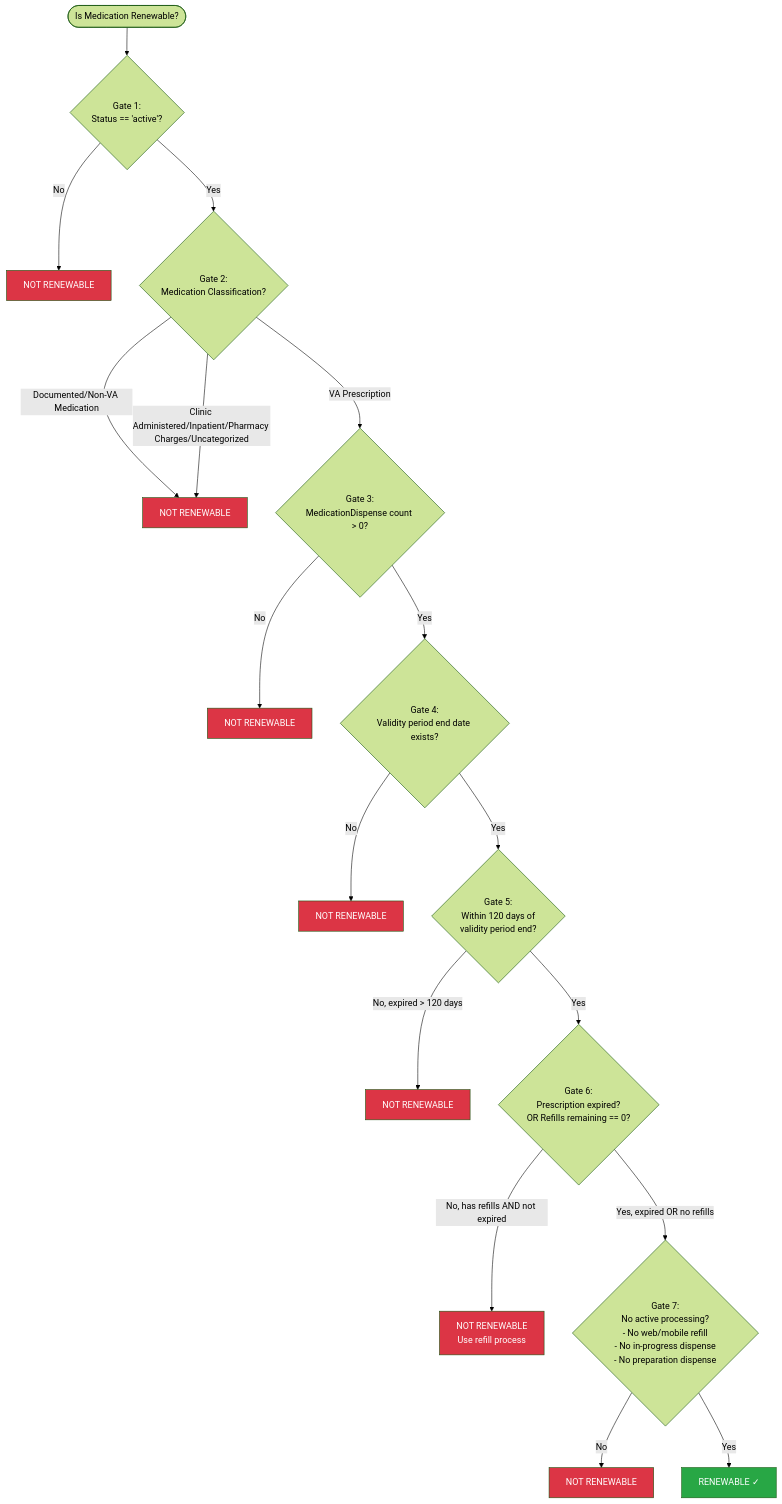
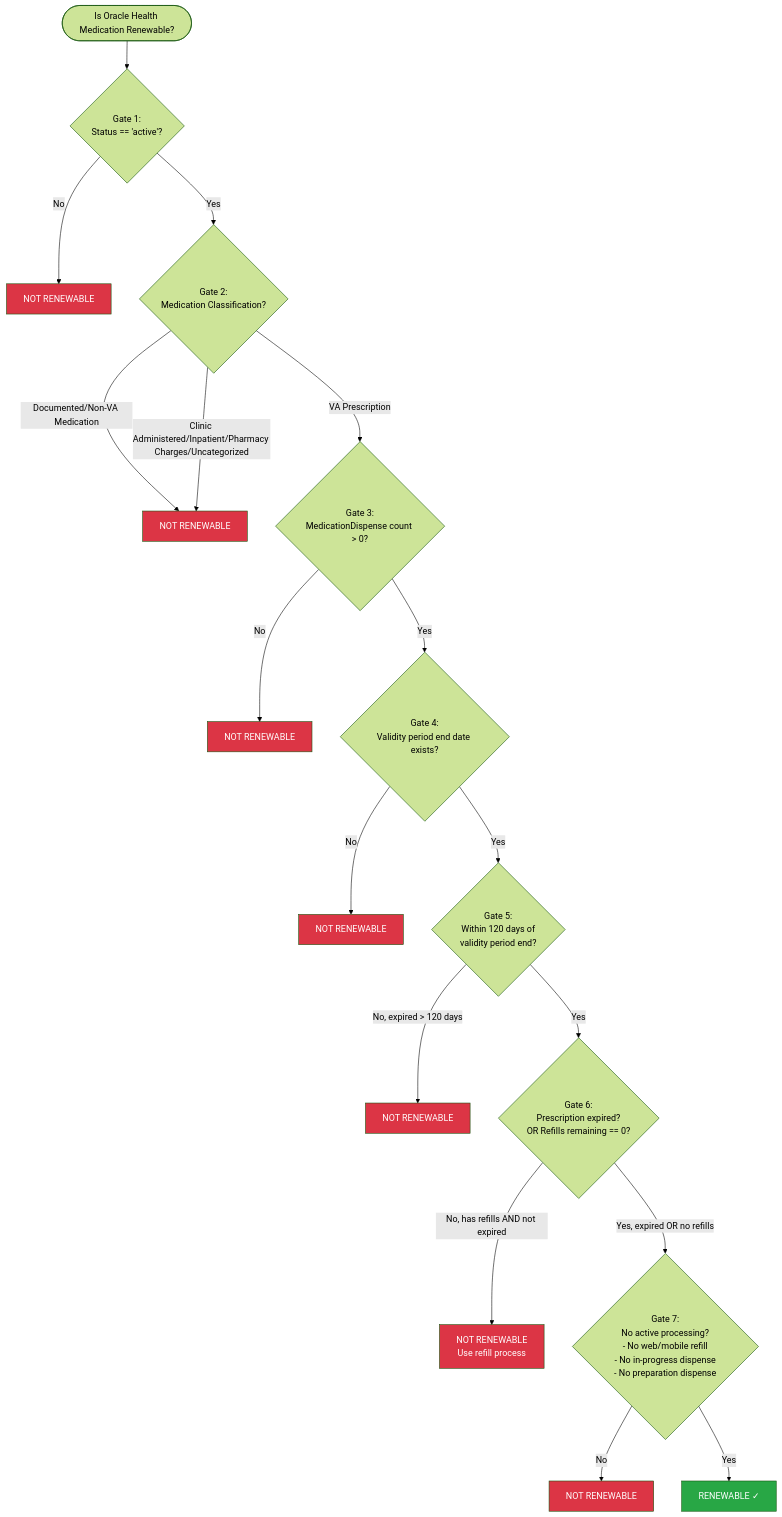
The second of 2 diagrams in products/health-care/digital-health-modernization/mhv-to-va.gov/medications/requirements/renewability_spec.md (Ninjaneer321/va.gov-team), drawn with Mermaid (forest theme) before and after one commit. The commit also changed other lines of this file and 2 other files, not shown here.

First line of the commit message:
Expand renewability spec to cover VistA and Oracle Health

````diff
--- a/products/health-care/digital-health-modernization/mhv-to-va.gov/medications/requirements/renewability_spec.md
+++ b/products/health-care/digital-health-modernization/mhv-to-va.gov/medications/requirements/renewability_spec.md
@@ -137,42 +182,42 @@
 ```mermaid
 flowchart TD
-    Start([Is Medication Renewable?]) --> Gate1
+    Start([Is Oracle Health Medication Renewable?]) --> Gate1
 
     Gate1{Gate 1:<br/>Status == 'active'?}
     Gate1 -->|No| NotRenewable1[NOT RENEWABLE]
     Gate1 -->|Yes| Gate2
 
     Gate2{Gate 2:<br/>Medication Classification?}
     Gate2 -->|Documented/Non-VA Medication| NotRenewable2[NOT RENEWABLE]
     Gate2 -->|Clinic Administered/Inpatient/Pharmacy Charges/Uncategorized| NotRenewable2
     Gate2 -->|VA Prescription| Gate3
 
     Gate3{Gate 3:<br/>MedicationDispense count > 0?}
     Gate3 -->|No| NotRenewable3[NOT RENEWABLE]
     Gate3 -->|Yes| Gate4
 
     Gate4{Gate 4:<br/>Validity period end date exists?}
     Gate4 -->|No| NotRenewable4[NOT RENEWABLE]
     Gate4 -->|Yes| Gate5
 
     Gate5{Gate 5:<br/>Within 120 days of<br/>validity period end?}
     Gate5 -->|No, expired > 120 days| NotRenewable5[NOT RENEWABLE]
     Gate5 -->|Yes| Gate6
 
     Gate6{Gate 6:<br/>Prescription expired?<br/>OR Refills remaining == 0?}
     Gate6 -->|No, has refills AND not expired| NotRenewable6[NOT RENEWABLE<br/>Use refill process]
     Gate6 -->|Yes, expired OR no refills| Gate7
 
     Gate7{Gate 7:<br/>No active processing?<br/>- No web/mobile refill<br/>- No in-progress dispense<br/>- No preparation dispense}
     Gate7 -->|No| NotRenewable7[NOT RENEWABLE]
     Gate7 -->|Yes| Renewable[RENEWABLE ✓]
 
     style Renewable fill:#28a745,color:#fff
     style NotRenewable1 fill:#dc3545,color:#fff
     style NotRenewable2 fill:#dc3545,color:#fff
     style NotRenewable3 fill:#dc3545,color:#fff
     style NotRenewable4 fill:#dc3545,color:#fff
     style NotRenewable5 fill:#dc3545,color:#fff
     style NotRenewable6 fill:#dc3545,color:#fff
     style NotRenewable7 fill:#dc3545,color:#fff
 ```
````
